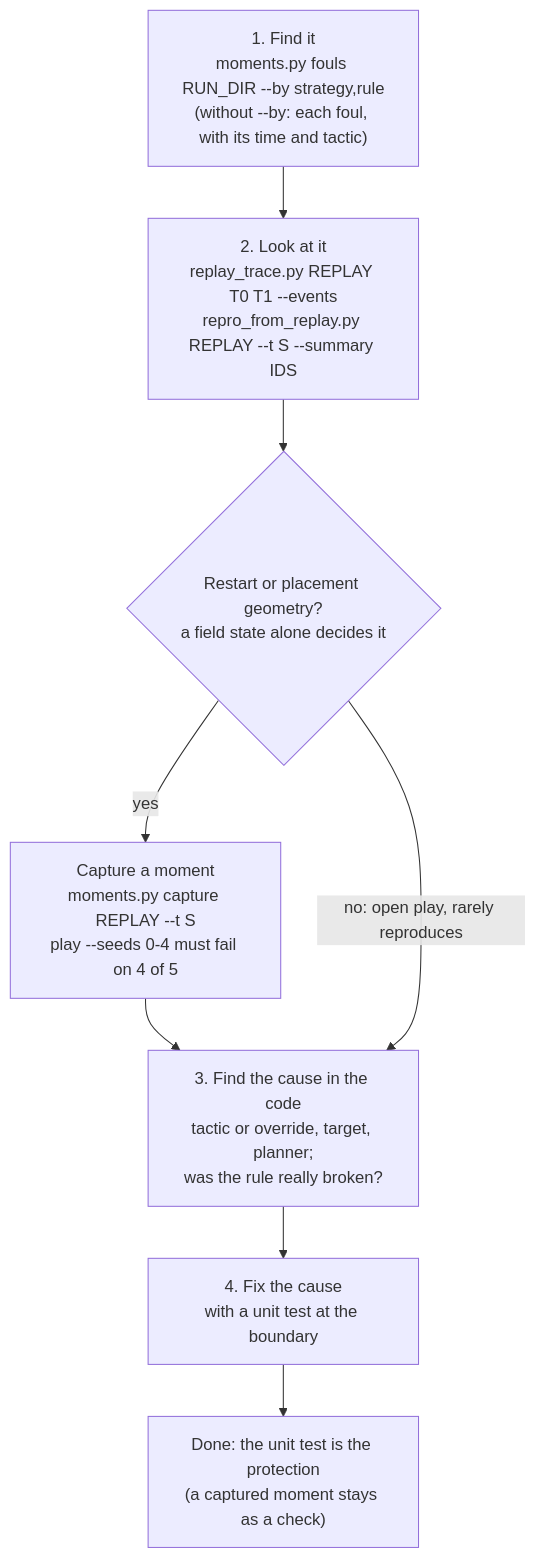
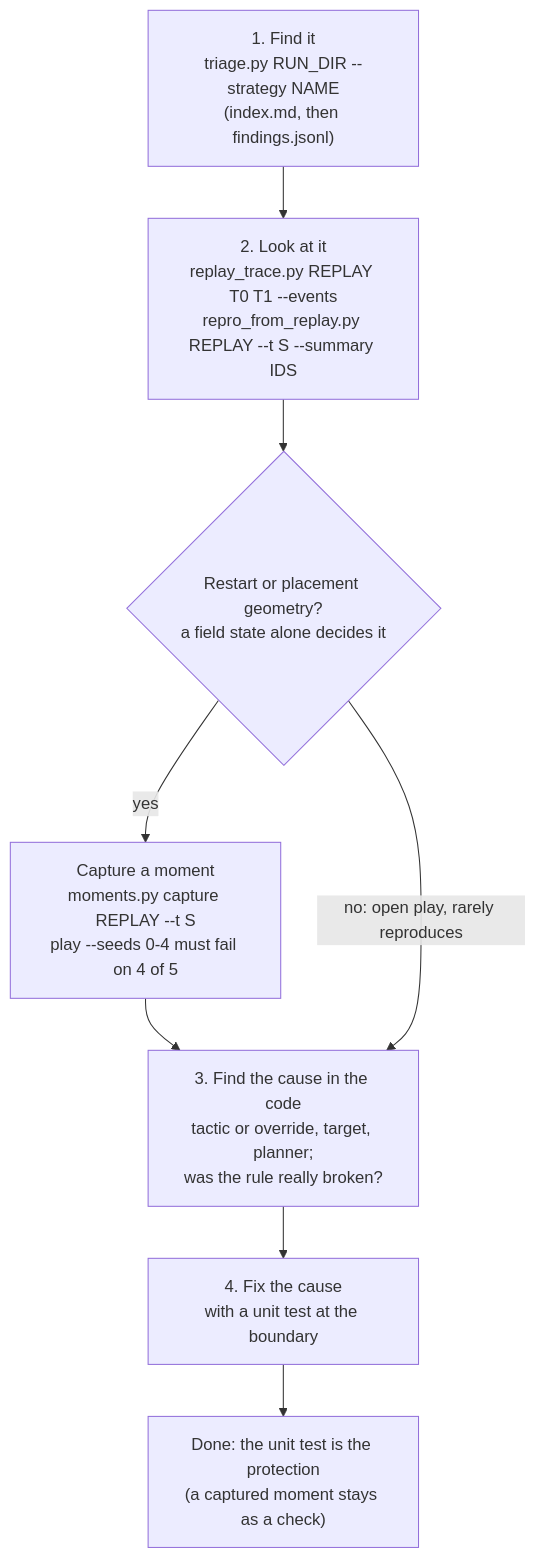
The fifth of 5 diagrams in docs/STRATEGY_DEVELOPMENT.md (First-Order-RoboCup-SSL/Utama-Core), drawn with Mermaid before and after one commit. The commit also changed other lines of this file and 15 other files, not shown here.

````diff
--- a/docs/STRATEGY_DEVELOPMENT.md
+++ b/docs/STRATEGY_DEVELOPMENT.md
@@ -459,15 +471,15 @@
 ```mermaid
 flowchart TD
-    find["1. Find it<br/>moments.py fouls RUN_DIR --by strategy,rule<br/>(without --by: each foul, with its time and tactic)"]
+    find["1. Find it<br/>triage.py RUN_DIR --strategy NAME<br/>(index.md, then findings.jsonl)"]
     look["2. Look at it<br/>replay_trace.py REPLAY T0 T1 --events<br/>repro_from_replay.py REPLAY --t S --summary IDS"]
     q{"Restart or placement geometry?<br/>a field state alone decides it"}
     moment["Capture a moment<br/>moments.py capture REPLAY --t S<br/>play --seeds 0-4 must fail on 4 of 5"]
     cause["3. Find the cause in the code<br/>tactic or override, target, planner;<br/>was the rule really broken?"]
     fix["4. Fix the cause<br/>with a unit test at the boundary"]
     done["Done: the unit test is the protection<br/>(a captured moment stays as a check)"]
 
     find --> look --> q
     q -- "yes" --> moment --> cause
     q -- "no: open play, rarely reproduces" --> cause
     cause --> fix --> done
 ```
````
